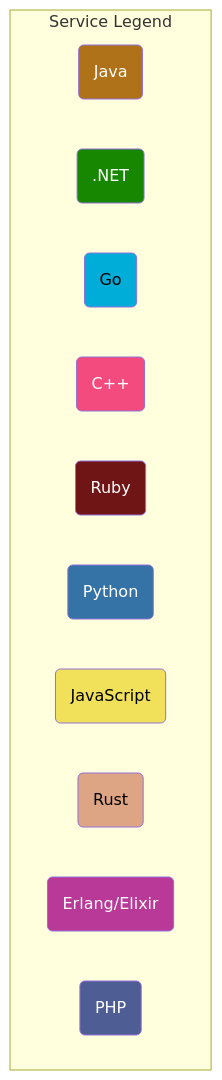
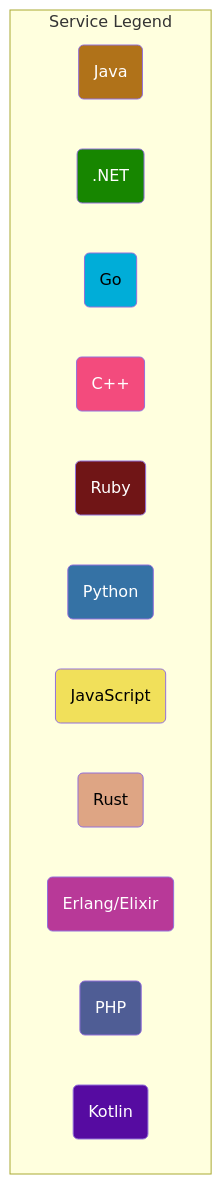
The second of 3 diagrams in docs/current_architecture.md (mohamed3637/opentelemetry-demo), drawn with Mermaid before and after one commit. The commit also changed other lines of this file and 31 other files, not shown here.

````diff
--- a/docs/current_architecture.md
+++ b/docs/current_architecture.md
@@ -67,26 +76,28 @@
 ```mermaid
 graph TD
 subgraph Service Legend
   javasvc(Java):::java
   dotnetsvc(.NET):::dotnet
   golangsvc(Go):::golang
   cppsvc(C++):::cpp
   rubysvc(Ruby):::ruby
   pythonsvc(Python):::python
   javascriptsvc(JavaScript):::javascript
   rustsvc(Rust):::rust
   erlangsvc(Erlang/Elixir):::erlang
   phpsvc(PHP):::php
+  kotlinsvc(Kotlin):::kotlin
 end
 
 classDef java fill:#b07219,color:white;
+classDef kotlin fill:#560ba1,color:white;
 classDef dotnet fill:#178600,color:white;
 classDef golang fill:#00add8,color:black;
 classDef cpp fill:#f34b7d,color:white;
 classDef ruby fill:#701516,color:white;
 classDef python fill:#3572A5,color:white;
 classDef javascript fill:#f1e05a,color:black;
 classDef rust fill:#dea584,color:black;
 classDef erlang fill:#b83998,color:white;
 classDef php fill:#4f5d95,color:white;
 ```
````
